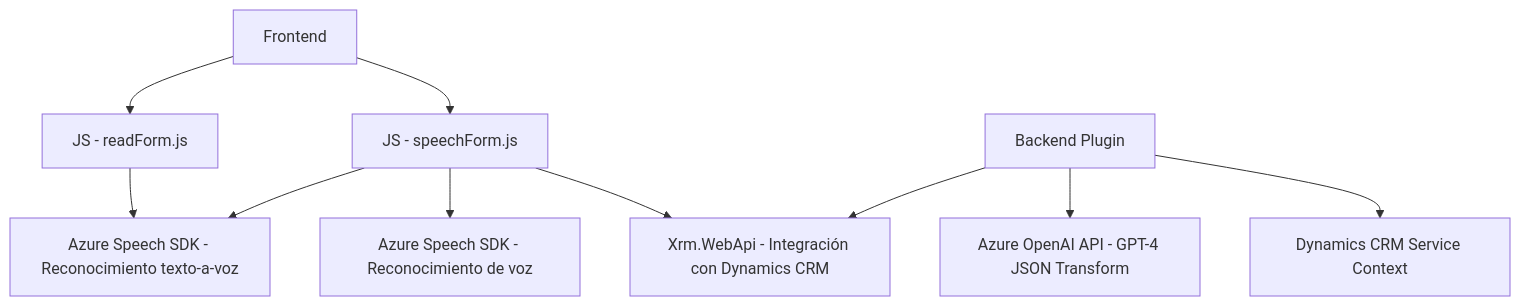
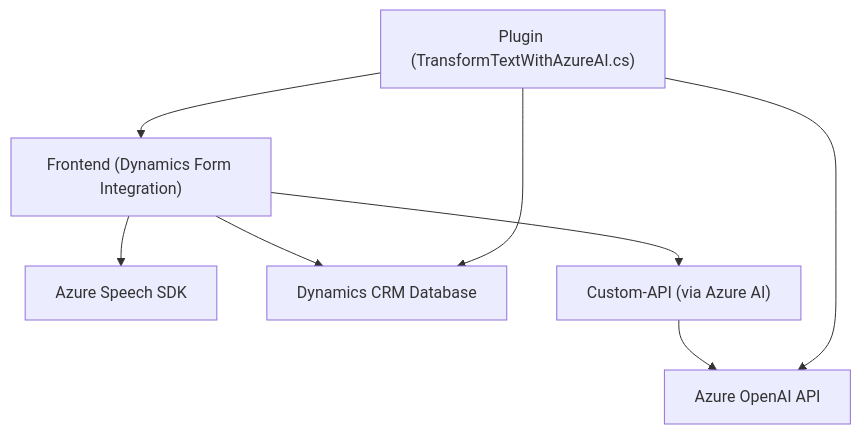
The diagram in README.md (blopezdm/NETCORE_BILBAO2025), drawn with Mermaid before and after one commit. The commit also changed other lines of this file, not shown here.

Commit message:
Actualizar análisis global de la solución con IA

````diff
--- a/README.md
+++ b/README.md
@@ -54,13 +43,17 @@
 ```mermaid
 graph TD
-    A["Frontend"] --> B["JS - readForm.js"]
-    A --> C["JS - speechForm.js"]
-    B --> D["Azure Speech SDK - Reconocimiento texto-a-voz"]
-    C --> D
-    C --> E["Azure Speech SDK - Reconocimiento de voz"]
-    C --> F["Xrm.WebApi - Integración con Dynamics CRM"]
+    A["Frontend (Dynamics Form Integration)"]
+    B["Plugin (TransformTextWithAzureAI.cs)"]
+    C["Azure Speech SDK"]
+    D["Dynamics CRM Database"]
+    E["Azure OpenAI API"]
+    F["Custom-API (via Azure AI)"]
 
-    G["Backend Plugin"] --> F
-    G --> H["Azure OpenAI API - GPT-4 JSON Transform"]
-    G --> I["Dynamics CRM Service Context"]
+    A --> C
+    A --> D
+    A --> F
+    F --> E
+    B --> E
+    B --> D
+    B --> A
 ```
````
